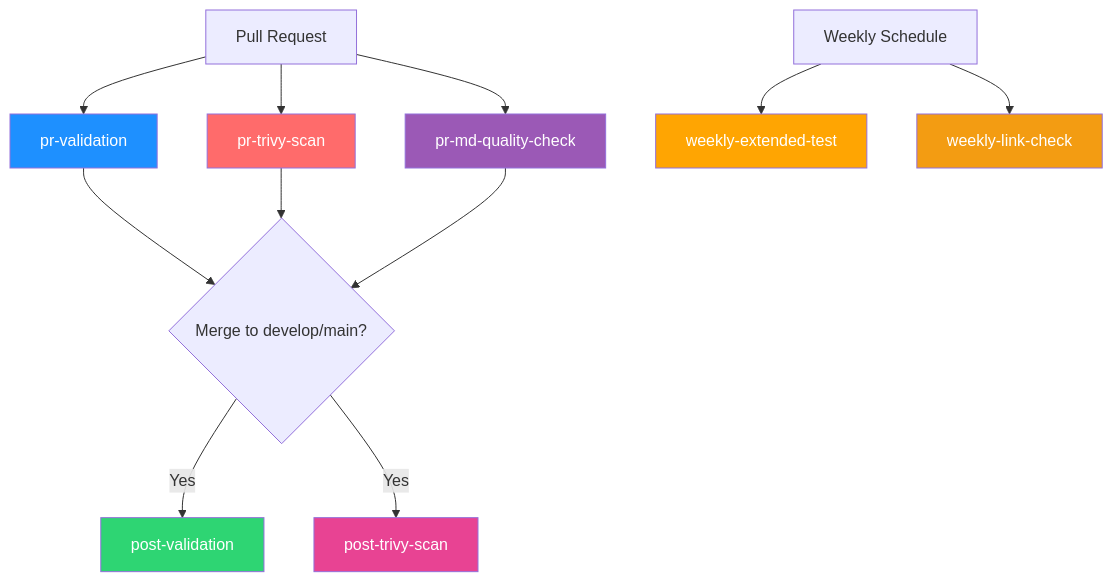
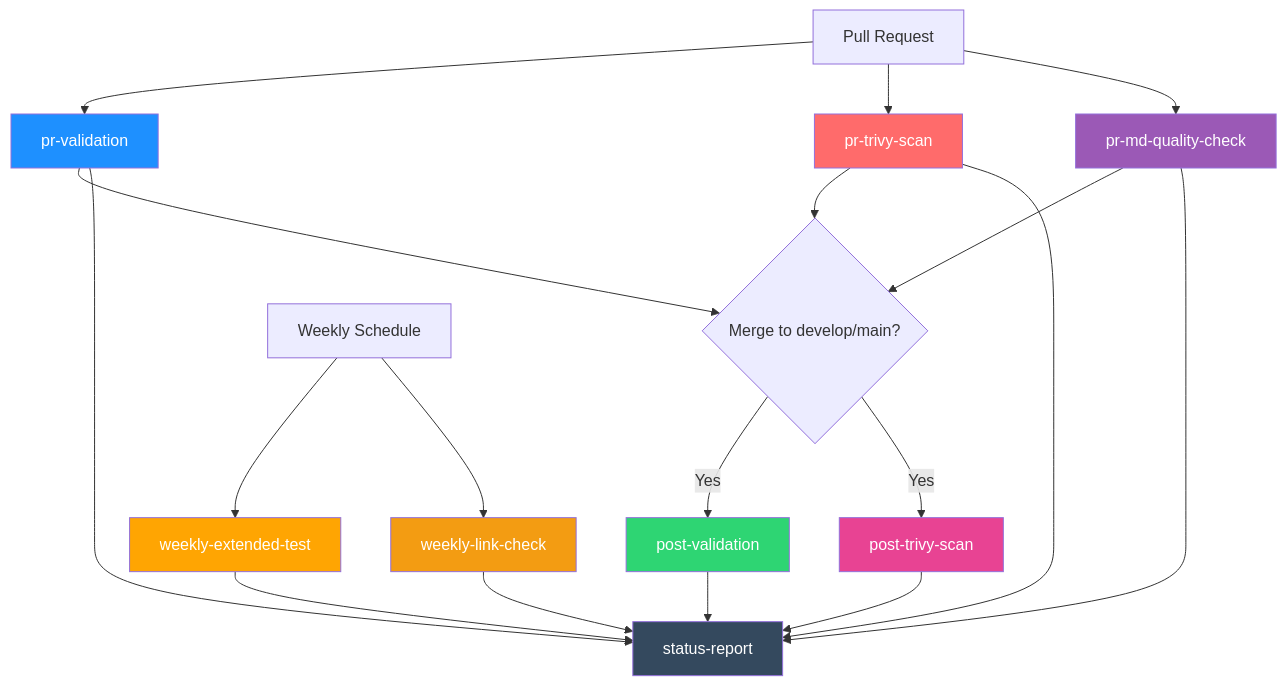
One commit to yaoki-dev/api-test-devops-portfolio changed the diagram in docs/guides/ci_cd_guide.md. Above: the diagram before and after it, drawn with Mermaid. The commit also changed other lines of this file and 1 other file, not shown here.

Commit message:
ci(workflow): セキュリティゲート条件を改善＋外部テストレポート拡張 (PR #351 review)
【背景】
セキュリティゲート（Docker build失敗検出）が `always()` で常に実行されるため、ユーザーキャンセル時に誤ってジョブ失敗と判定される問題が発生。

【変更内容】
1. Docker build security gate の条件を `always()` → `!cancelled()` に変更
2. 外部API テスト失敗時のレポート出力を拡張し、日本語マークダウンサマリーを追加
3. ドキュメント（docs/guides/ci_cd_guide.md）との同期

【影響範囲】
CI/CDパイプラインのエラーハンドリング動作が改善。
キャンセル時のジョブ状態判定がより正確になり、ユーザー体験が向上。

品質ゲート: 990 tests passed / 95.47% coverage / ruff 0 errors / mypy 0 errors

Refs #351 (PR)

````diff
--- a/docs/guides/ci_cd_guide.md
+++ b/docs/guides/ci_cd_guide.md
@@ -9,21 +9,29 @@
 ```mermaid
 graph TB
     PR[Pull Request] --> PV[pr-validation]
     PR --> PS[pr-trivy-scan]
     PR --> PMQ[pr-md-quality-check]
     PV --> Merge{Merge to develop/main?}
     PS --> Merge
     PMQ --> Merge
     Merge -->|Yes| PoV[post-validation]
     Merge -->|Yes| PoS[post-trivy-scan]
     Weekly[Weekly Schedule] --> WC[weekly-extended-test]
     Weekly --> WL[weekly-link-check]
+    PV --> SR[status-report]
+    PS --> SR
+    PMQ --> SR
+    PoV --> SR
+    PoS --> SR
+    WC --> SR
+    WL --> SR
 
     style PV fill:#1e90ff,color:#fff
     style PS fill:#ff6b6b,color:#fff
     style PMQ fill:#9b59b6,color:#fff
     style PoV fill:#2ed573,color:#fff
     style PoS fill:#e84393,color:#fff
     style WC fill:#ffa502,color:#fff
     style WL fill:#f39c12,color:#fff
+    style SR fill:#34495e,color:#fff
 ```
````
